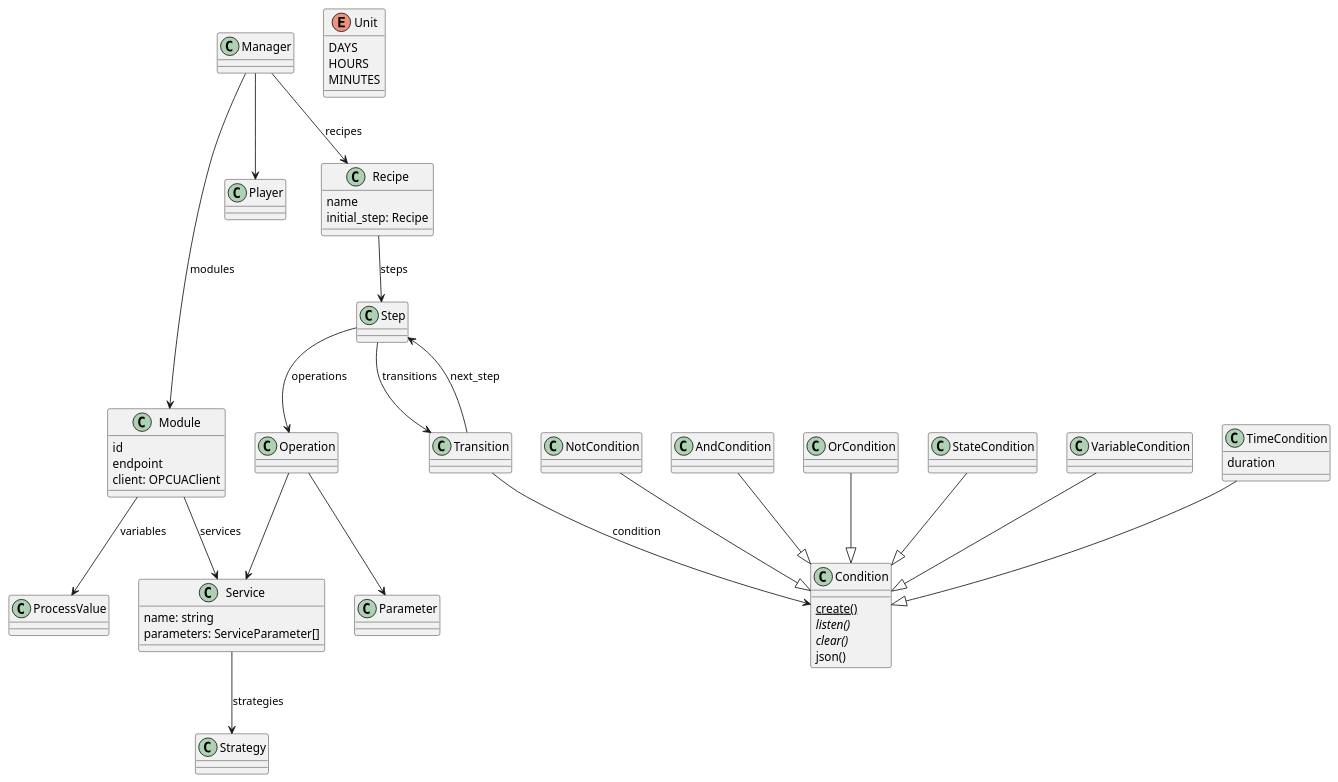
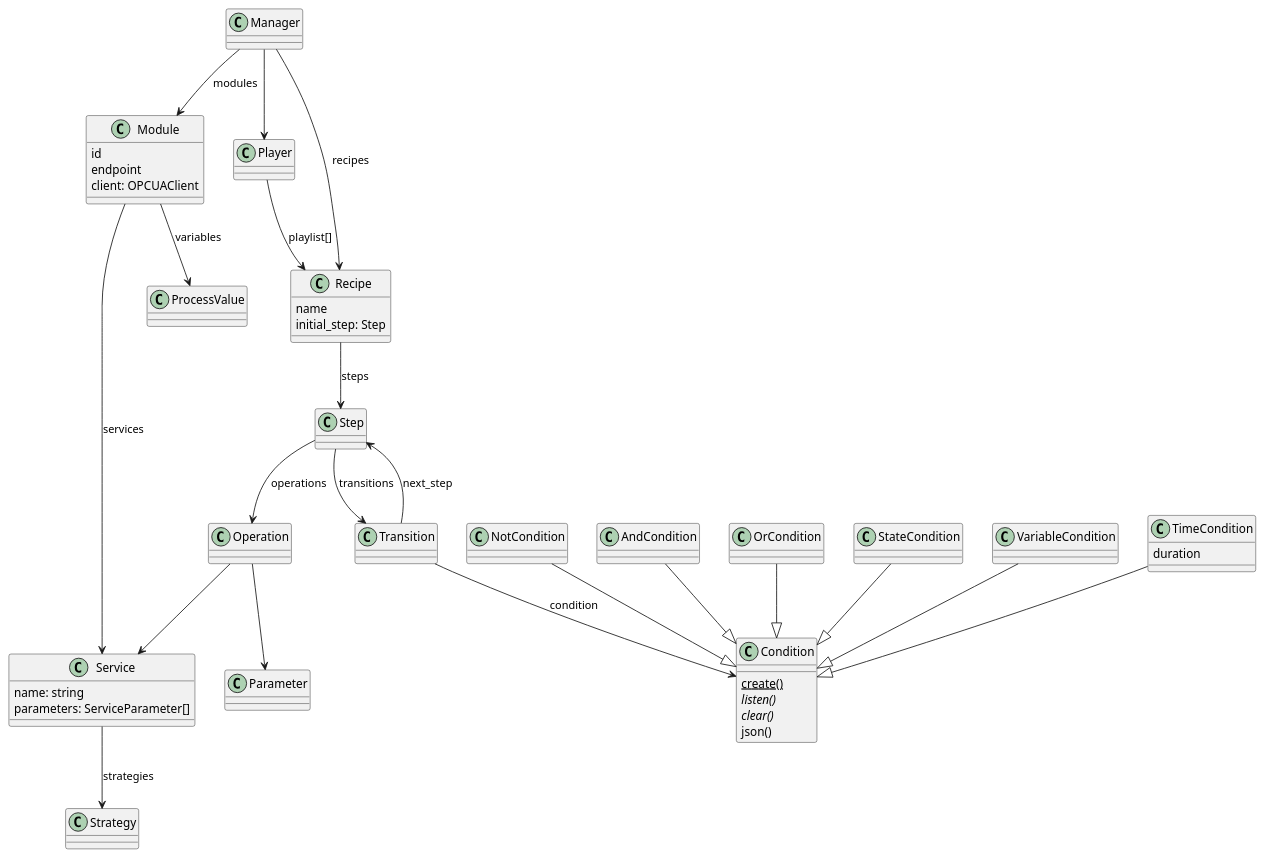
The diagram in classdiagram.puml (p2o-lab/polaris-backend), drawn with PlantUML before and after one commit.

Commit message:
update class diagram

```diff
--- a/classdiagram.puml
+++ b/classdiagram.puml
@@ -1,77 +1,67 @@
 @startuml
 
 class Manager
 class Module {
     id
     endpoint
     client: OPCUAClient
 }
 class Operation
 class Parameter
 class Player
+
+Player --> Recipe : playlist[]
 class Recipe {
     name
-    initial_step: Recipe
+    initial_step: Step
 }
 class Service {
     name: string
     parameters: ServiceParameter[]
 }
 class ProcessValue
 class Strategy
 class Condition{
     {static} create()
     {abstract} listen()
     {abstract} clear()
     json()
 }
 
 class NotCondition
 class AndCondition
 class OrCondition
 class StateCondition
 class VariableCondition
 class TimeCondition {
     duration
 }
 
 NotCondition --|> Condition
 AndCondition --|> Condition
 OrCondition --|> Condition
 TimeCondition --|> Condition
 VariableCondition --|> Condition
 StateCondition --|> Condition
 
 
-together {
-    class Step
-    class Transition
-    class Condition
-}
-
-enum Unit {
-    DAYS
-    HOURS
-    MINUTES
-}
-
 Manager --> Module : modules
 Manager --> Recipe : recipes
 Manager --> Player
 
 Module --> Service: services
 Module --> ProcessValue : variables
 
 Service --> Strategy : strategies
 
 Recipe --> Step: steps
 Step --> Operation : operations
 Step --> Transition: transitions
 
 Transition --> Step : next_step
 Transition --> Condition: condition
 
 Operation --> Service
 Operation --> Parameter
 
 @enduml
```
